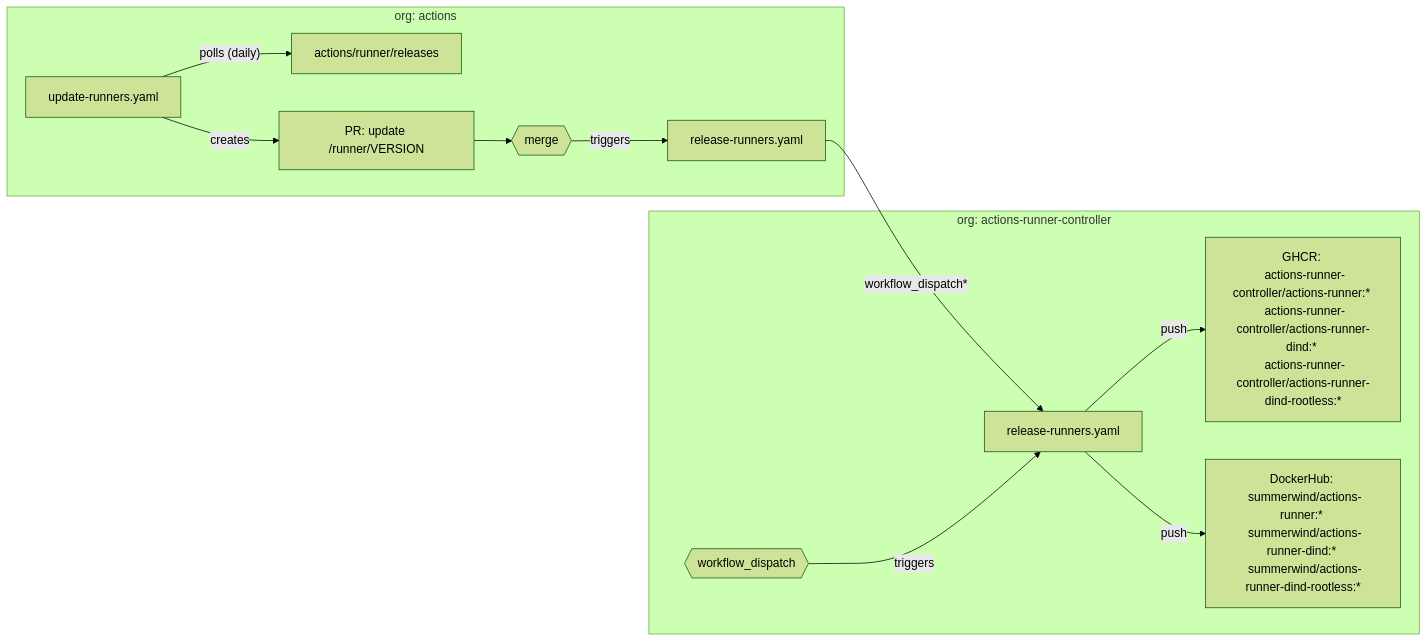
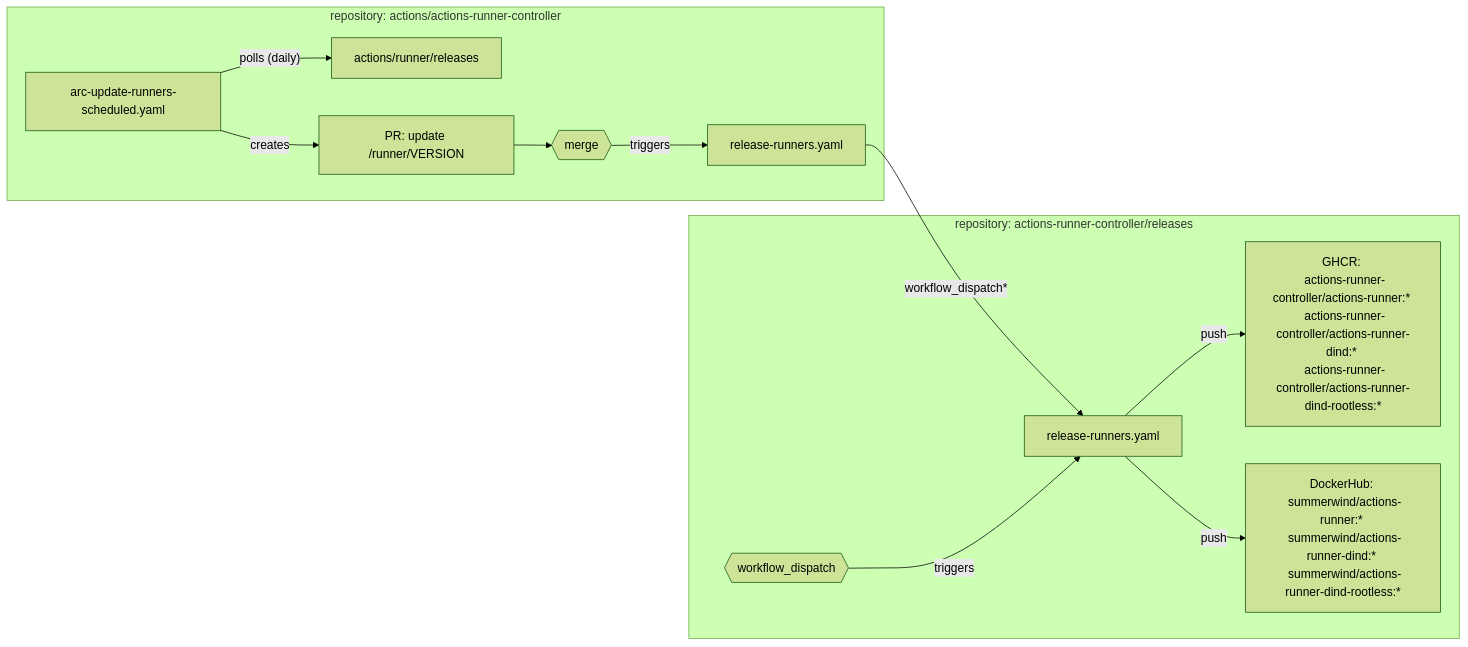
The first of 3 diagrams in README.md (actions-runner-controller/releases), drawn with Mermaid (forest theme) before and after one commit. The commit also changed other lines of this file, not shown here.

````diff
--- a/README.md
+++ b/README.md
@@ -11,15 +11,15 @@
 ```mermaid
 flowchart LR
     workflow["release-runners.yaml"] -- workflow_dispatch* --> workflow_b["release-runners.yaml"]
-    subgraph org: actions
-    update_runners_workflow["update-runners.yaml"] -- "polls (daily)" --> runner_releases["actions/runner/releases"]
-    update_runners_workflow -- creates --> runner_update_pr["PR: update /runner/VERSION"]
+    subgraph repository: actions/actions-runner-controller
+    runner_updates_check["arc-update-runners-scheduled.yaml"] -- "polls (daily)" --> runner_releases["actions/runner/releases"]
+    runner_updates_check -- creates --> runner_update_pr["PR: update /runner/VERSION"]
     runner_update_pr --> runner_update_pr_merge{{"merge"}}
     runner_update_pr_merge -- triggers --> workflow["release-runners.yaml"]
     end
-    subgraph org: actions-runner-controller
+    subgraph repository: actions-runner-controller/releases
     workflow_b["release-runners.yaml"] -- push --> A["GHCR: \n actions-runner-controller/actions-runner:* \n actions-runner-controller/actions-runner-dind:* \n actions-runner-controller/actions-runner-dind-rootless:*"]
     workflow_b["release-runners.yaml"] -- push --> B["DockerHub: \n summerwind/actions-runner:* \n summerwind/actions-runner-dind:* \n summerwind/actions-runner-dind-rootless:*"]
     event_b{{"workflow_dispatch"}} -- triggers --> workflow_b["release-runners.yaml"]
     end
 ```
````
